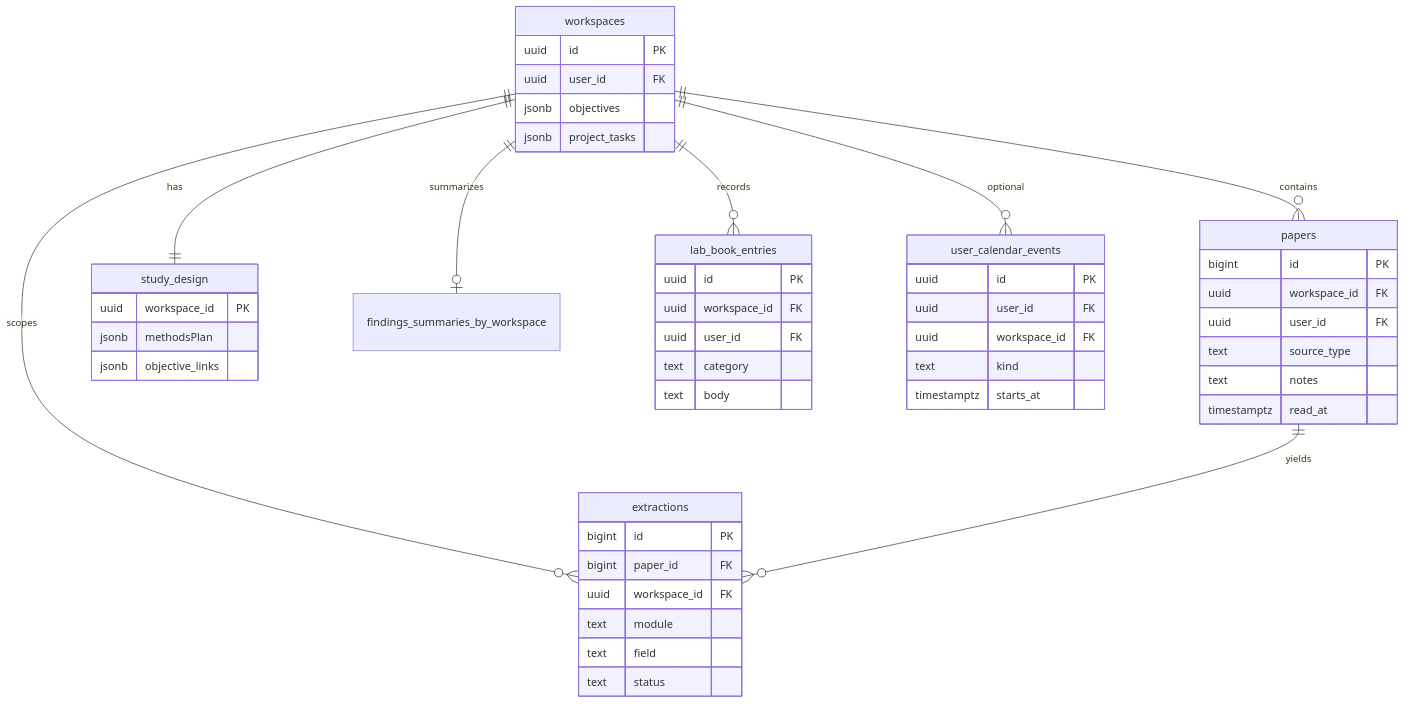
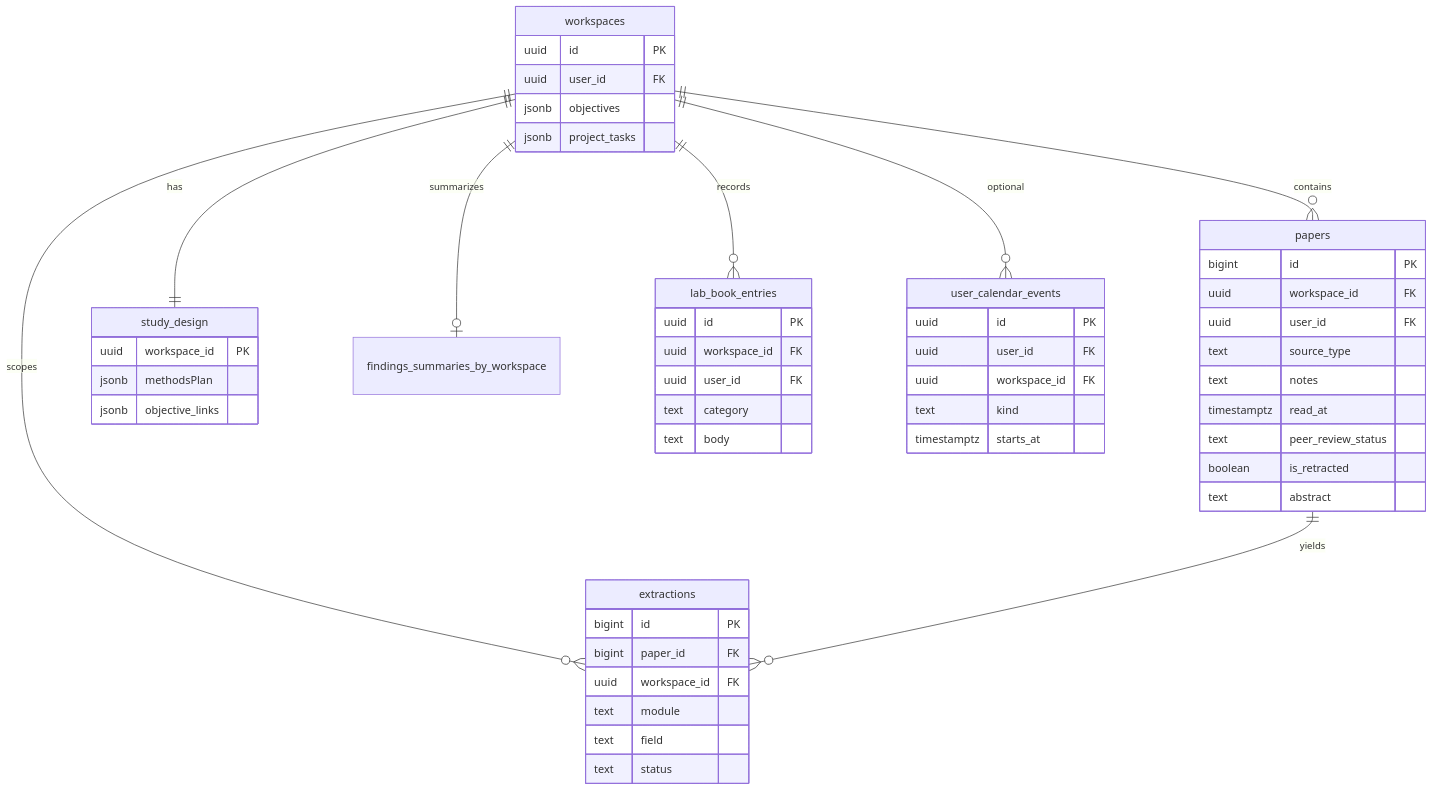
The diagram in docs/DATABASE.md (CarlienRust/steve-peggy), drawn with Mermaid before and after one commit. The commit also changed other lines of this file and 115 other files, not shown here.

````diff
--- a/docs/DATABASE.md
+++ b/docs/DATABASE.md
@@ -88,51 +90,54 @@
 ```mermaid
 erDiagram
   workspaces ||--o{ papers : contains
   workspaces ||--|| study_design : has
   workspaces ||--o{ extractions : scopes
   workspaces ||--o| findings_summaries_by_workspace : summarizes
   workspaces ||--o{ lab_book_entries : records
   workspaces ||--o{ user_calendar_events : optional
   papers ||--o{ extractions : yields
   workspaces {
     uuid id PK
     uuid user_id FK
     jsonb objectives
     jsonb project_tasks
   }
   papers {
     bigint id PK
     uuid workspace_id FK
     uuid user_id FK
     text source_type
     text notes
     timestamptz read_at
+    text peer_review_status
+    boolean is_retracted
+    text abstract
   }
   user_calendar_events {
     uuid id PK
     uuid user_id FK
     uuid workspace_id FK
     text kind
     timestamptz starts_at
   }
   lab_book_entries {
     uuid id PK
     uuid workspace_id FK
     uuid user_id FK
     text category
     text body
   }
   extractions {
     bigint id PK
     bigint paper_id FK
     uuid workspace_id FK
     text module
     text field
     text status
   }
   study_design {
     uuid workspace_id PK
     jsonb methodsPlan
     jsonb objective_links
   }
 ```
````
